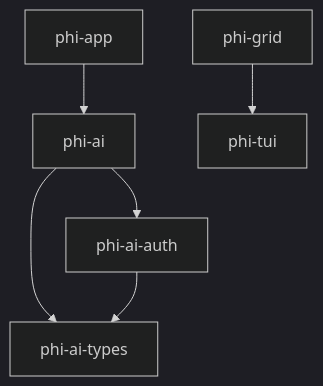
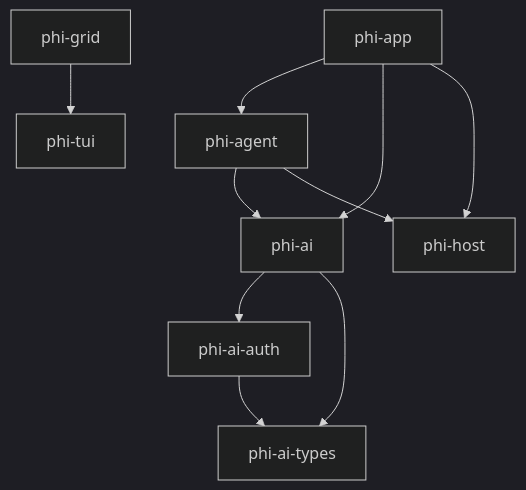
The diagram in ARCHITECTURE.md (y0usaf/phi), drawn with Mermaid (dark theme) before and after one commit. The commit also changed other lines of this file and 30 other files, not shown here.

````diff
--- a/ARCHITECTURE.md
+++ b/ARCHITECTURE.md
@@ -14,8 +14,12 @@
 ```mermaid
 graph TD
+  phi_agent["phi-agent"] --> phi_ai["phi-ai"]
+  phi_agent["phi-agent"] --> phi_host["phi-host"]
   phi_ai["phi-ai"] --> phi_ai_auth["phi-ai-auth"]
   phi_ai["phi-ai"] --> phi_ai_types["phi-ai-types"]
   phi_ai_auth["phi-ai-auth"] --> phi_ai_types["phi-ai-types"]
+  phi_app["phi-app"] --> phi_agent["phi-agent"]
   phi_app["phi-app"] --> phi_ai["phi-ai"]
+  phi_app["phi-app"] --> phi_host["phi-host"]
   phi_grid["phi-grid"] --> phi_tui["phi-tui"]
 ```
````
